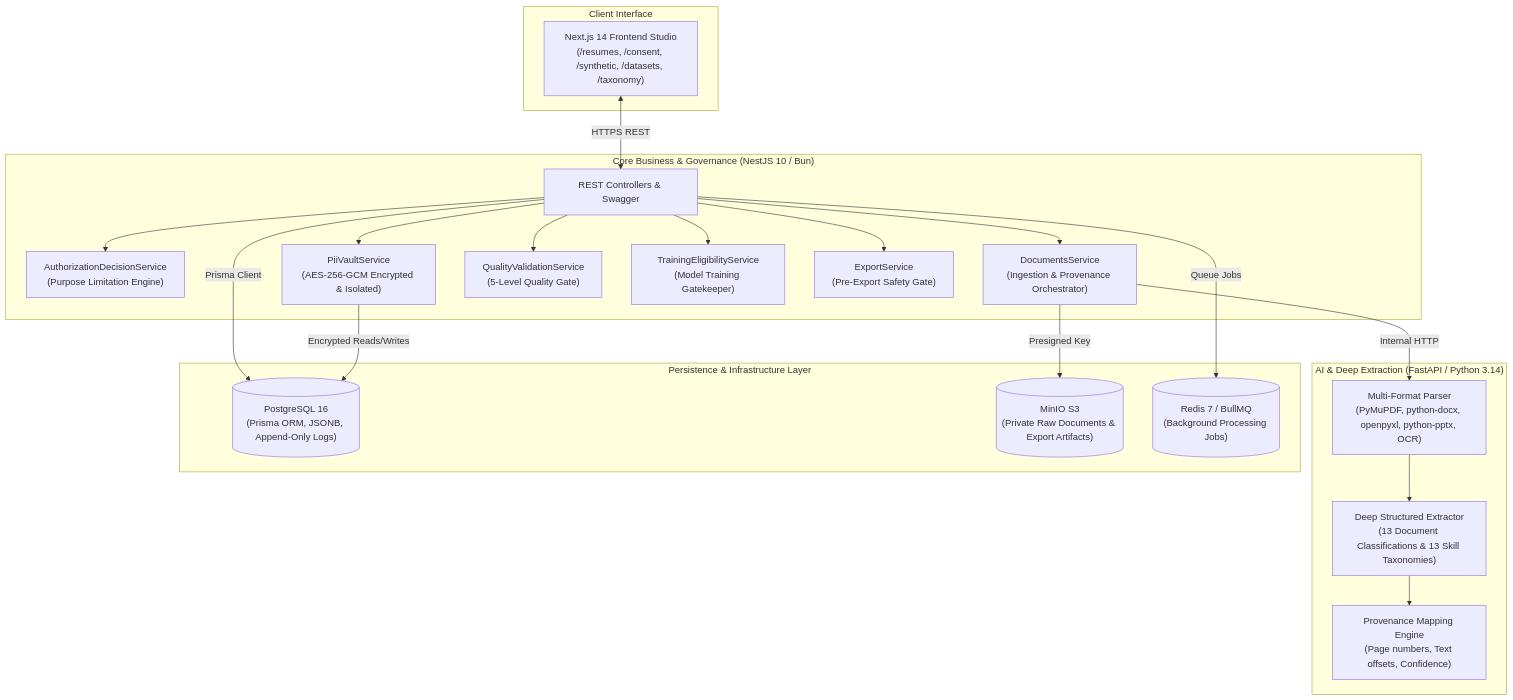
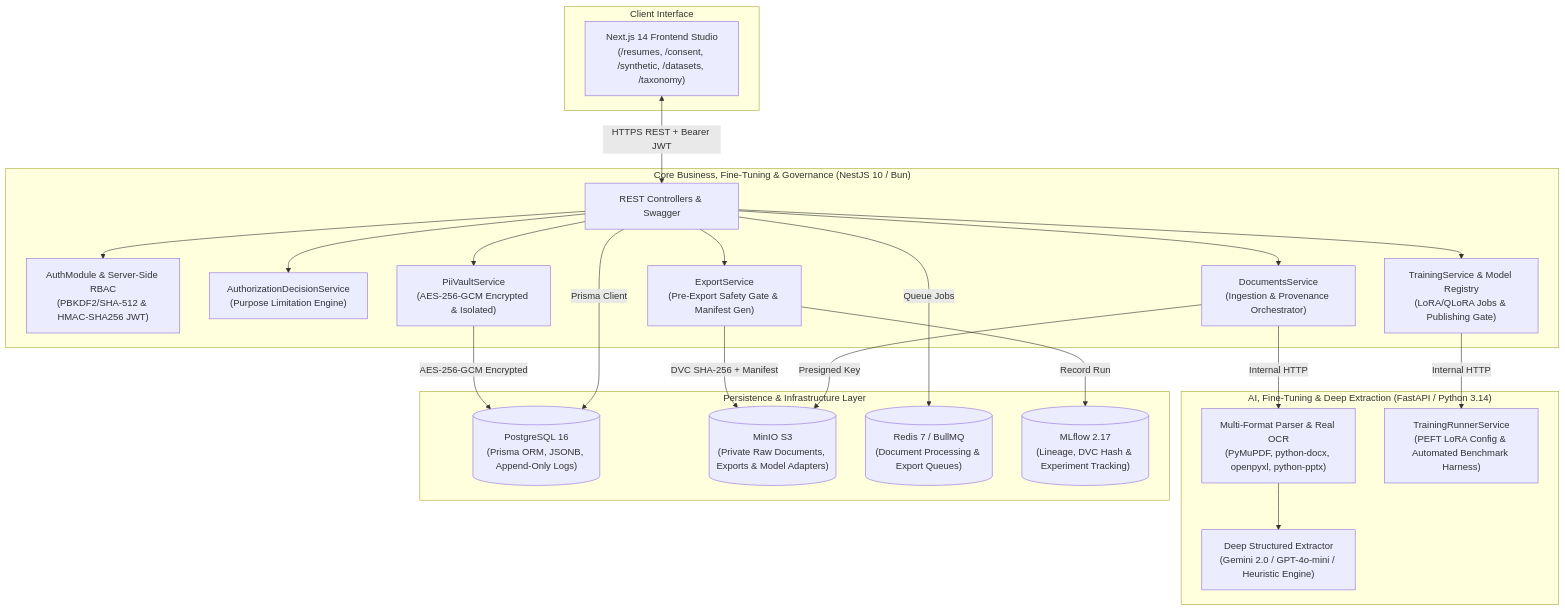
One commit to Phoomss/interviewx-datahub changed the first of 4 diagrams in SYSTEM.md. Above: the diagram before and after it, drawn with Mermaid. The commit also changed other lines of this file and 49 other files, not shown here.

````diff
--- a/SYSTEM.md
+++ b/SYSTEM.md
@@ -16,45 +16,48 @@
 ```mermaid
 flowchart TD
     subgraph Client["Client Interface"]
         UI["Next.js 14 Frontend Studio\n(/resumes, /consent, /synthetic, /datasets, /taxonomy)"]
     end
 
-    subgraph CoreBackend["Core Business & Governance (NestJS 10 / Bun)"]
+    subgraph CoreBackend["Core Business, Fine-Tuning & Governance (NestJS 10 / Bun)"]
         API["REST Controllers & Swagger"]
+        AuthModule["AuthModule & Server-Side RBAC\n(PBKDF2/SHA-512 & HMAC-SHA256 JWT)"]
         AuthDecision["AuthorizationDecisionService\n(Purpose Limitation Engine)"]
         VaultService["PiiVaultService\n(AES-256-GCM Encrypted & Isolated)"]
         DocService["DocumentsService\n(Ingestion & Provenance Orchestrator)"]
-        QualityGate["QualityValidationService\n(5-Level Quality Gate)"]
-        TrainGate["TrainingEligibilityService\n(Model Training Gatekeeper)"]
-        ExportGate["ExportService\n(Pre-Export Safety Gate)"]
+        TrainService["TrainingService & Model Registry\n(LoRA/QLoRA Jobs & Publishing Gate)"]
+        ExportGate["ExportService\n(Pre-Export Safety Gate & Manifest Gen)"]
     end
 
-    subgraph AIService["AI & Deep Extraction (FastAPI / Python 3.14)"]
-        DocParser["Multi-Format Parser\n(PyMuPDF, python-docx, openpyxl, python-pptx, OCR)"]
-        DeepExtractor["Deep Structured Extractor\n(13 Document Classifications & 13 Skill Taxonomies)"]
-        ProvenanceGen["Provenance Mapping Engine\n(Page numbers, Text offsets, Confidence)"]
+    subgraph AIService["AI, Fine-Tuning & Deep Extraction (FastAPI / Python 3.14)"]
+        DocParser["Multi-Format Parser & Real OCR\n(PyMuPDF, python-docx, openpyxl, python-pptx)"]
+        DeepExtractor["Deep Structured Extractor\n(Gemini 2.0 / GPT-4o-mini / Heuristic Engine)"]
+        TrainingRunner["TrainingRunnerService\n(PEFT LoRA Config & Automated Benchmark Harness)"]
     end
 
     subgraph Storage["Persistence & Infrastructure Layer"]
         PG[("PostgreSQL 16\n(Prisma ORM, JSONB, Append-Only Logs)")]
-        S3[("MinIO S3\n(Private Raw Documents & Export Artifacts)")]
-        Queue[("Redis 7 / BullMQ\n(Background Processing Jobs)")]
+        S3[("MinIO S3\n(Private Raw Documents, Exports & Model Adapters)")]
+        Queue[("Redis 7 / BullMQ\n(Document Processing & Export Queues)")]
+        MLflowStore[("MLflow 2.17\n(Lineage, DVC Hash & Experiment Tracking)")]
     end
 
-    UI <-->|HTTPS REST| API
+    UI <-->|HTTPS REST + Bearer JWT| API
+    API --> AuthModule
     API --> AuthDecision
     API --> VaultService
     API --> DocService
-    API --> QualityGate
-    API --> TrainGate
+    API --> TrainService
     API --> ExportGate
 
     DocService -->|Internal HTTP| DocParser
     DocParser --> DeepExtractor
-    DeepExtractor --> ProvenanceGen
+    TrainService -->|Internal HTTP| TrainingRunner
 
     API -->|Prisma Client| PG
-    VaultService -->|Encrypted Reads/Writes| PG
+    VaultService -->|AES-256-GCM Encrypted| PG
     DocService -->|Presigned Key| S3
+    ExportGate -->|DVC SHA-256 + Manifest| S3
+    ExportGate -->|Record Run| MLflowStore
     API -->|Queue Jobs| Queue
 ```
````
